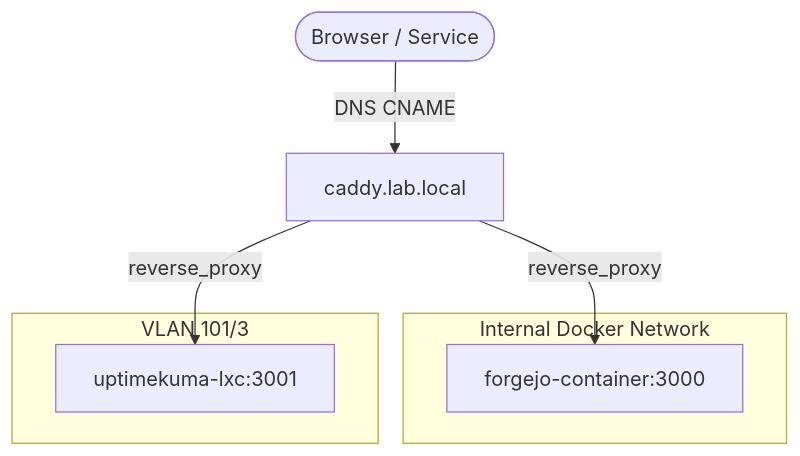
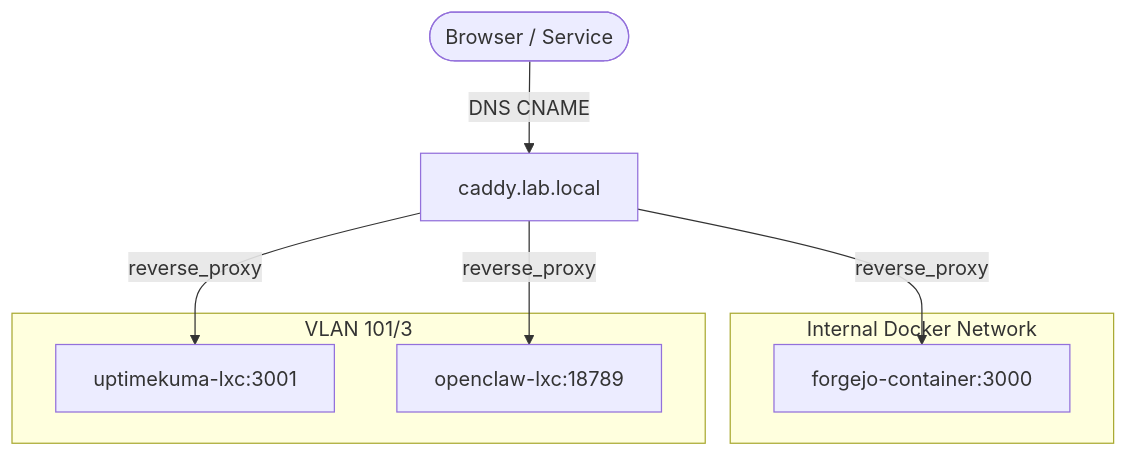
The diagram in docs/Reverse-Proxy-Guide.md (JazenaYLA/threatlabs-cti-stack), drawn with Mermaid before and after one commit.

Commit message:
docs: finalize architecture diagrams with external LXC integrations

````diff
--- a/docs/Reverse-Proxy-Guide.md
+++ b/docs/Reverse-Proxy-Guide.md
@@ -38,14 +38,16 @@
 ```mermaid
 graph TD
     User([Browser / Service]) -->|DNS CNAME| Proxy[caddy.lab.local]
     Proxy -->|reverse_proxy| S1[forgejo-container:3000]
     Proxy -->|reverse_proxy| S2[uptimekuma-lxc:3001]
+    Proxy -->|reverse_proxy| S3[openclaw-lxc:18789]
     
     subgraph cti-net [Internal Docker Network]
         S1
     end
     
     subgraph VLAN [VLAN 101/3]
         S2
+        S3
     end
 ```
````
